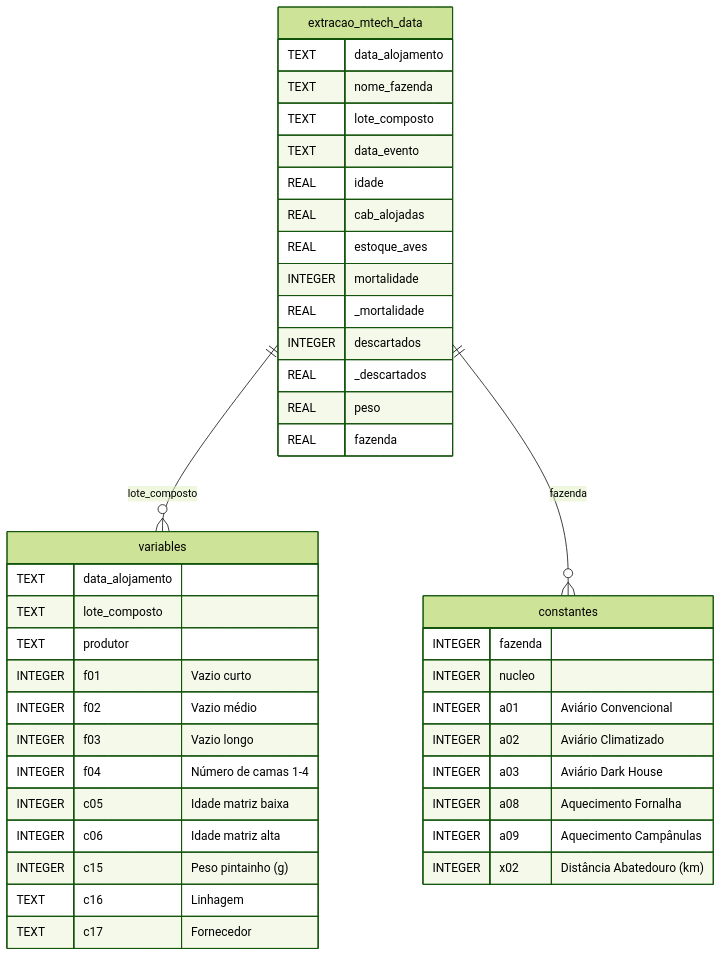
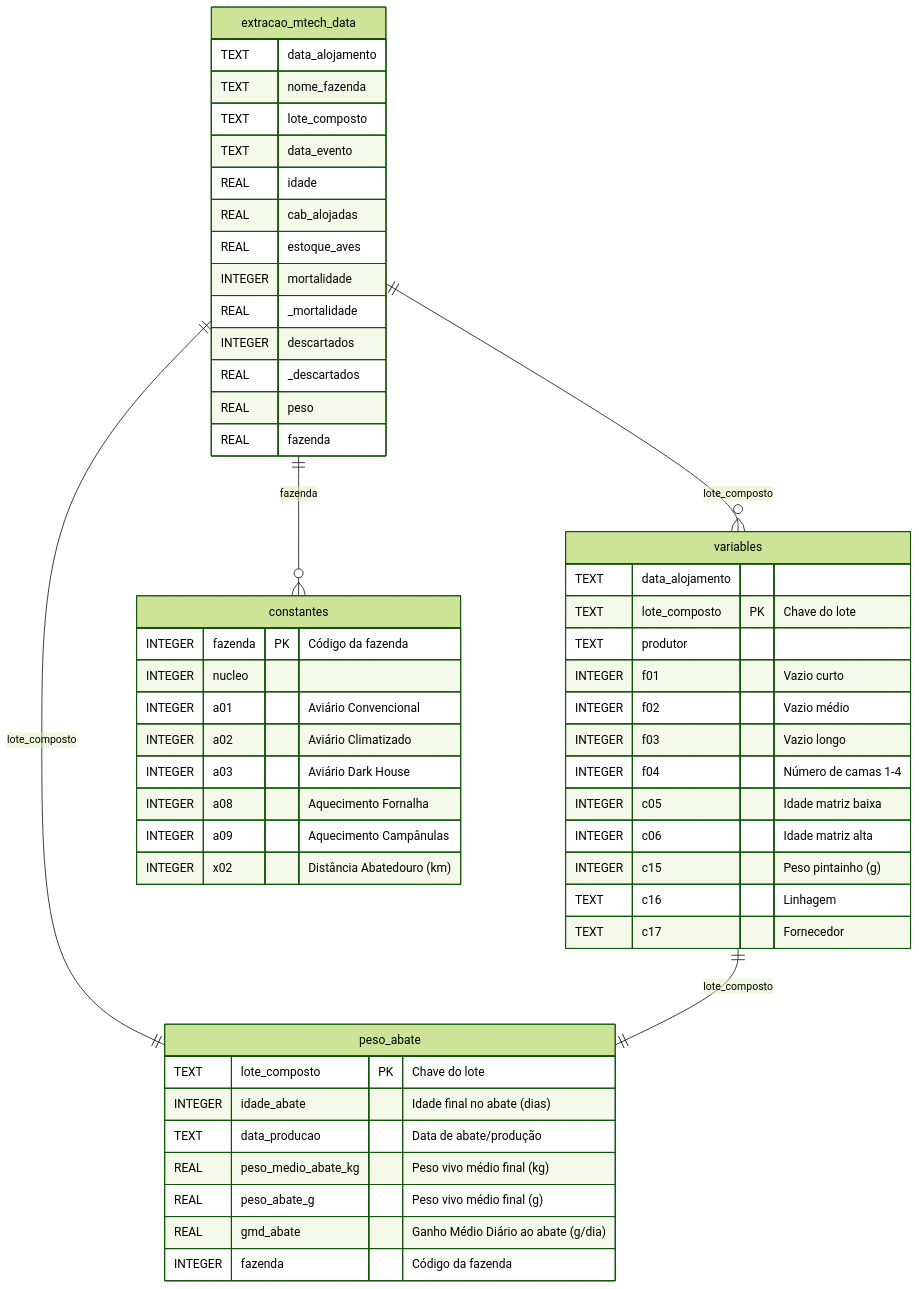
One commit to brunocorisco86/predicao_peso_mortalidade changed the diagram in docs/modelo_entidade_relacionamento.md. Above: the diagram before and after it, drawn with Mermaid (forest theme). The commit also changed other lines of this file and 49 other files, not shown here.

Commit message:
feat: integração do dataset de peso de abate 2023-2026, remodelagem do MER, atualização do ETL e reavaliação do modelo campeão

````diff
--- a/docs/modelo_entidade_relacionamento.md
+++ b/docs/modelo_entidade_relacionamento.md
@@ -5,47 +5,59 @@
 ```mermaid
 erDiagram
     extracao_mtech_data ||--o{ variables : "lote_composto"
     extracao_mtech_data ||--o{ constantes : "fazenda"
+    extracao_mtech_data ||--|| peso_abate : "lote_composto"
+    variables ||--|| peso_abate : "lote_composto"
+
+    peso_abate {
+        TEXT lote_composto PK "Chave do lote"
+        INTEGER idade_abate "Idade final no abate (dias)"
+        TEXT data_producao "Data de abate/produção"
+        REAL peso_medio_abate_kg "Peso vivo médio final (kg)"
+        REAL peso_abate_g "Peso vivo médio final (g)"
+        REAL gmd_abate "Ganho Médio Diário ao abate (g/dia)"
+        INTEGER fazenda "Código da fazenda"
+    }
 
     extracao_mtech_data {
         TEXT data_alojamento
         TEXT nome_fazenda
         TEXT lote_composto
         TEXT data_evento
         REAL idade
         REAL cab_alojadas
         REAL estoque_aves
         INTEGER mortalidade
         REAL _mortalidade
         INTEGER descartados
         REAL _descartados
         REAL peso
         REAL fazenda
     }
 
     variables {
         TEXT data_alojamento
-        TEXT lote_composto
+        TEXT lote_composto PK "Chave do lote"
         TEXT produtor
         INTEGER f01 "Vazio curto"
         INTEGER f02 "Vazio médio"
         INTEGER f03 "Vazio longo"
         INTEGER f04 "Número de camas 1-4"
         INTEGER c05 "Idade matriz baixa"
         INTEGER c06 "Idade matriz alta"
         INTEGER c15 "Peso pintainho (g)"
         TEXT c16 "Linhagem"
         TEXT c17 "Fornecedor"
     }
 
     constantes {
-        INTEGER fazenda
+        INTEGER fazenda PK "Código da fazenda"
         INTEGER nucleo
         INTEGER a01 "Aviário Convencional"
         INTEGER a02 "Aviário Climatizado"
         INTEGER a03 "Aviário Dark House"
         INTEGER a08 "Aquecimento Fornalha"
         INTEGER a09 "Aquecimento Campânulas"
         INTEGER x02 "Distância Abatedouro (km)"
     }
 ```
````
